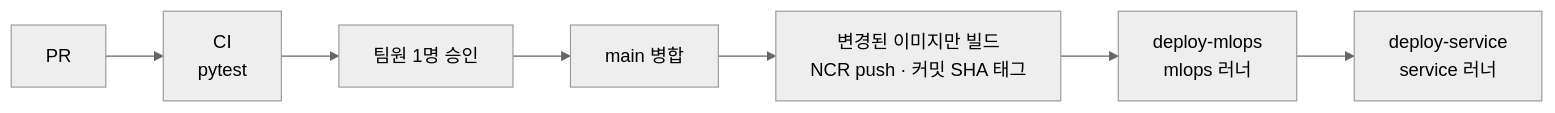
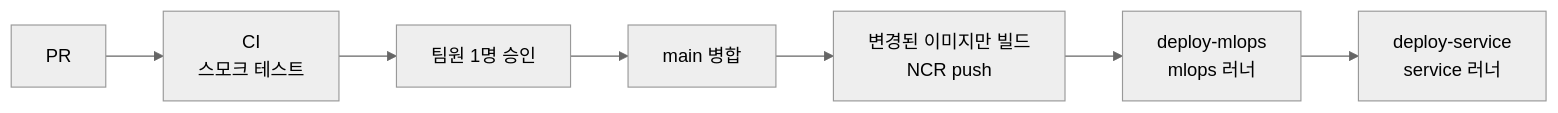
The third of 3 diagrams in README.md (1230seongjun/ksdd2-mlops), drawn with Mermaid (neutral theme) before and after one commit. The commit also changed other lines of this file and 1 other file, not shown here.

````diff
--- a/README.md
+++ b/README.md
@@ -86,7 +256,7 @@
 ```mermaid
 flowchart LR
-  pr[PR] --> ci[CI<br/>pytest] --> review[팀원 1명 승인] --> merge[main 병합]
-  merge --> build[변경된 이미지만 빌드<br/>NCR push · 커밋 SHA 태그]
+  pr[PR] --> ci[CI<br/>스모크 테스트] --> review[팀원 1명 승인] --> merge[main 병합]
+  merge --> build[변경된 이미지만 빌드<br/>NCR push]
   build --> dm[deploy-mlops<br/>mlops 러너]
   dm --> ds[deploy-service<br/>service 러너]
 ```
````
